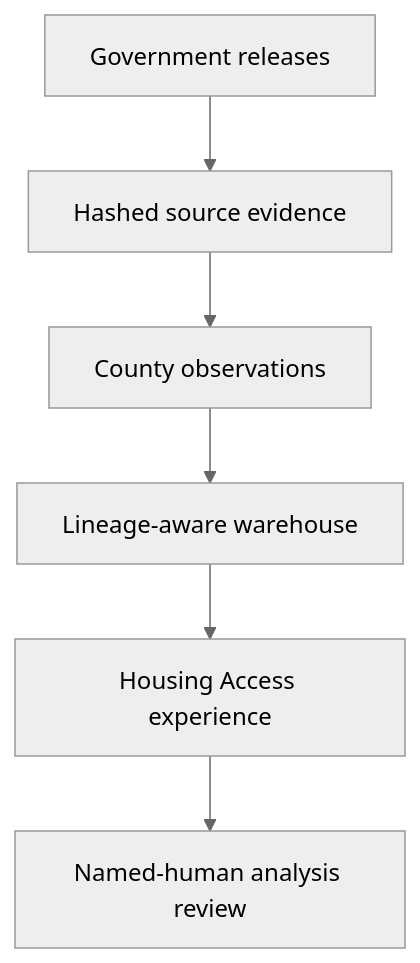
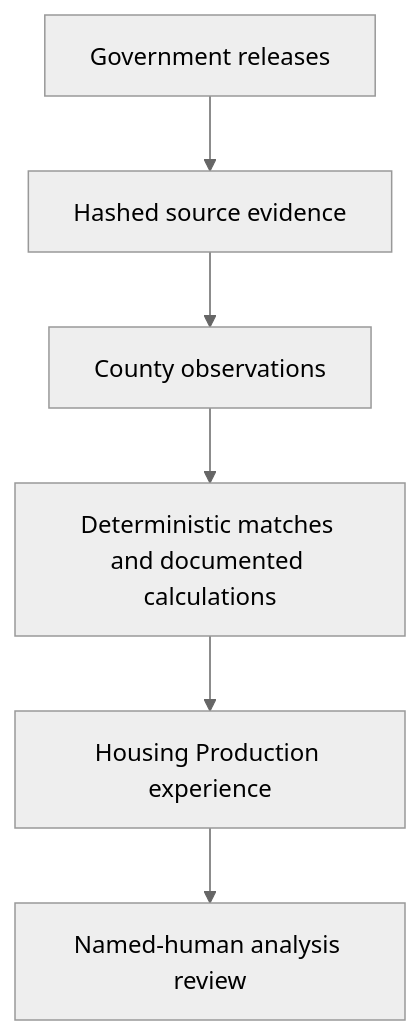
The diagram in README.md (CRyanBriggs/the-bay-outlook), drawn with Mermaid (neutral theme) before and after one commit. The commit also changed other lines of this file and 26 other files, not shown here.

First line of the commit message:
Publish Phase 14 v1.3 housing production and policy (#2)

````diff
--- a/README.md
+++ b/README.md
@@ -41,8 +40,8 @@
 ```mermaid
 flowchart TD
     A["Government releases"] --> B["Hashed source evidence"]
     B --> C["County observations"]
-    C --> D["Lineage-aware warehouse"]
-    D --> E["Housing Access experience"]
+    C --> D["Deterministic matches and documented calculations"]
+    D --> E["Housing Production experience"]
     E --> F["Named-human analysis review"]
 ```
````
